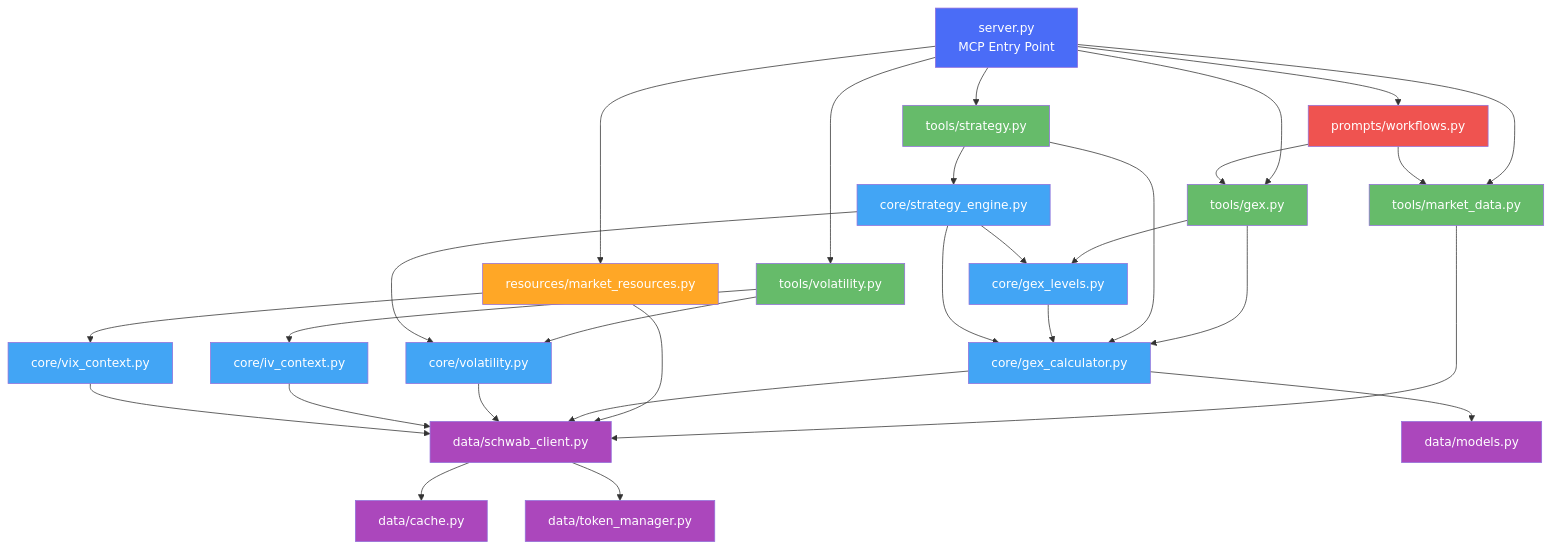
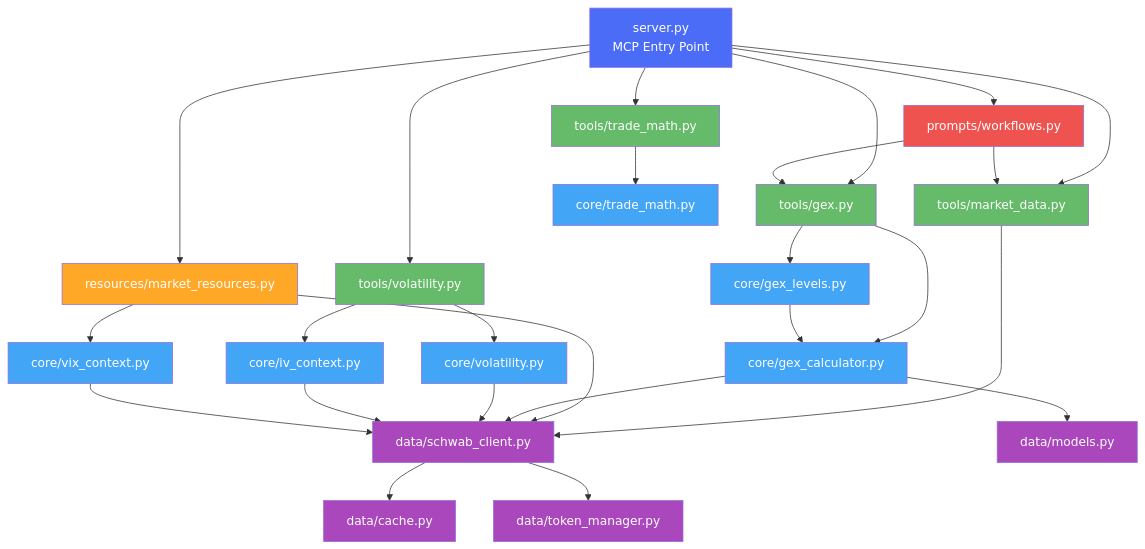
The fourth of 8 diagrams in docs/ARCHITECTURE.md (nsnguyen/thinkorswim_local_mcp), drawn with Mermaid before and after one commit. The commit also changed other lines of this file and 1 other file, not shown here.

First line of the commit message:
Remove strategy engine from MCP — Claude is the brain

````diff
--- a/docs/ARCHITECTURE.md
+++ b/docs/ARCHITECTURE.md
@@ -356,53 +359,49 @@
 ```mermaid
 graph TD
     SERVER[server.py<br/>MCP Entry Point] --> TOOLS_MD[tools/market_data.py]
     SERVER --> TOOLS_GEX[tools/gex.py]
     SERVER --> TOOLS_VOL[tools/volatility.py]
-    SERVER --> TOOLS_STRAT[tools/strategy.py]
+    SERVER --> TOOLS_TMATH
     SERVER --> RES[resources/market_resources.py]
     SERVER --> PROMPTS[prompts/workflows.py]
 
     TOOLS_MD --> CLIENT[data/schwab_client.py]
     TOOLS_GEX --> GCALC[core/gex_calculator.py]
     TOOLS_GEX --> GLEV[core/gex_levels.py]
     TOOLS_VOL --> CVOL[core/volatility.py]
     TOOLS_VOL --> IVC[core/iv_context.py]
-    TOOLS_STRAT --> STRAT[core/strategy_engine.py]
-    TOOLS_STRAT --> GCALC
+    TOOLS_TMATH[tools/trade_math.py] --> TMATH[core/trade_math.py]
 
     RES --> CLIENT
     RES --> VIX[core/vix_context.py]
     PROMPTS --> TOOLS_MD
     PROMPTS --> TOOLS_GEX
 
     GCALC --> CLIENT
     GCALC --> MODELS[data/models.py]
     GLEV --> GCALC
     CVOL --> CLIENT
     IVC --> CLIENT
     VIX --> CLIENT
-    STRAT --> GCALC
-    STRAT --> GLEV
-    STRAT --> CVOL
 
     CLIENT --> CACHE[data/cache.py]
     CLIENT --> TOKEN[data/token_manager.py]
 
     style SERVER fill:#4a6cf7,color:#fff
     style TOOLS_MD fill:#66bb6a,color:#fff
     style TOOLS_GEX fill:#66bb6a,color:#fff
     style TOOLS_VOL fill:#66bb6a,color:#fff
-    style TOOLS_STRAT fill:#66bb6a,color:#fff
+    style TOOLS_TMATH fill:#66bb6a,color:#fff
     style RES fill:#ffa726,color:#fff
     style PROMPTS fill:#ef5350,color:#fff
     style GCALC fill:#42a5f5,color:#fff
     style GLEV fill:#42a5f5,color:#fff
     style CVOL fill:#42a5f5,color:#fff
     style IVC fill:#42a5f5,color:#fff
     style VIX fill:#42a5f5,color:#fff
-    style STRAT fill:#42a5f5,color:#fff
+    style TMATH fill:#42a5f5,color:#fff
     style CLIENT fill:#ab47bc,color:#fff
     style CACHE fill:#ab47bc,color:#fff
     style TOKEN fill:#ab47bc,color:#fff
     style MODELS fill:#ab47bc,color:#fff
 ```
````
